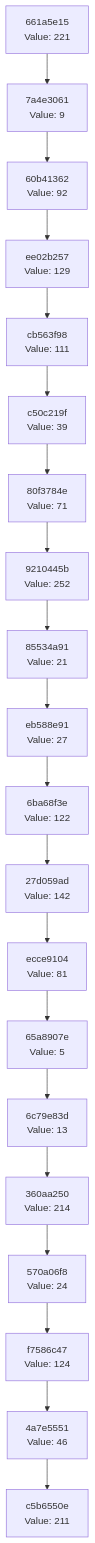
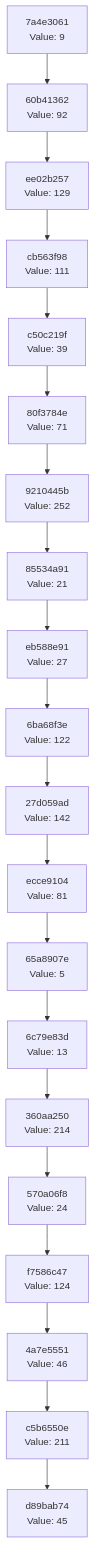
The diagram in docs/CHAIN_VISUALIZATION.md (Abhisheksinha1506/hash-chain-evolver), drawn with Mermaid before and after one commit. The commit also changed 2 other files, not shown here.

Commit message:
Evolution Step

````diff
--- a/docs/CHAIN_VISUALIZATION.md
+++ b/docs/CHAIN_VISUALIZATION.md
@@ -3,42 +3,42 @@
 ```mermaid
 graph TD
-    C0["c5b6550e<br/>Value: 211"]
-    C1["4a7e5551<br/>Value: 46"]
+    C0["d89bab74<br/>Value: 45"]
+    C1["c5b6550e<br/>Value: 211"]
     C1 --> C0
-    C2["f7586c47<br/>Value: 124"]
+    C2["4a7e5551<br/>Value: 46"]
     C2 --> C1
-    C3["570a06f8<br/>Value: 24"]
+    C3["f7586c47<br/>Value: 124"]
     C3 --> C2
-    C4["360aa250<br/>Value: 214"]
+    C4["570a06f8<br/>Value: 24"]
     C4 --> C3
-    C5["6c79e83d<br/>Value: 13"]
+    C5["360aa250<br/>Value: 214"]
     C5 --> C4
-    C6["65a8907e<br/>Value: 5"]
+    C6["6c79e83d<br/>Value: 13"]
     C6 --> C5
-    C7["ecce9104<br/>Value: 81"]
+    C7["65a8907e<br/>Value: 5"]
     C7 --> C6
-    C8["27d059ad<br/>Value: 142"]
+    C8["ecce9104<br/>Value: 81"]
     C8 --> C7
-    C9["6ba68f3e<br/>Value: 122"]
+    C9["27d059ad<br/>Value: 142"]
     C9 --> C8
-    C10["eb588e91<br/>Value: 27"]
+    C10["6ba68f3e<br/>Value: 122"]
     C10 --> C9
-    C11["85534a91<br/>Value: 21"]
+    C11["eb588e91<br/>Value: 27"]
     C11 --> C10
-    C12["9210445b<br/>Value: 252"]
+    C12["85534a91<br/>Value: 21"]
     C12 --> C11
-    C13["80f3784e<br/>Value: 71"]
+    C13["9210445b<br/>Value: 252"]
     C13 --> C12
-    C14["c50c219f<br/>Value: 39"]
+    C14["80f3784e<br/>Value: 71"]
     C14 --> C13
-    C15["cb563f98<br/>Value: 111"]
+    C15["c50c219f<br/>Value: 39"]
     C15 --> C14
-    C16["ee02b257<br/>Value: 129"]
+    C16["cb563f98<br/>Value: 111"]
     C16 --> C15
-    C17["60b41362<br/>Value: 92"]
+    C17["ee02b257<br/>Value: 129"]
     C17 --> C16
-    C18["7a4e3061<br/>Value: 9"]
+    C18["60b41362<br/>Value: 92"]
     C18 --> C17
-    C19["661a5e15<br/>Value: 221"]
+    C19["7a4e3061<br/>Value: 9"]
     C19 --> C18
 ```
````
